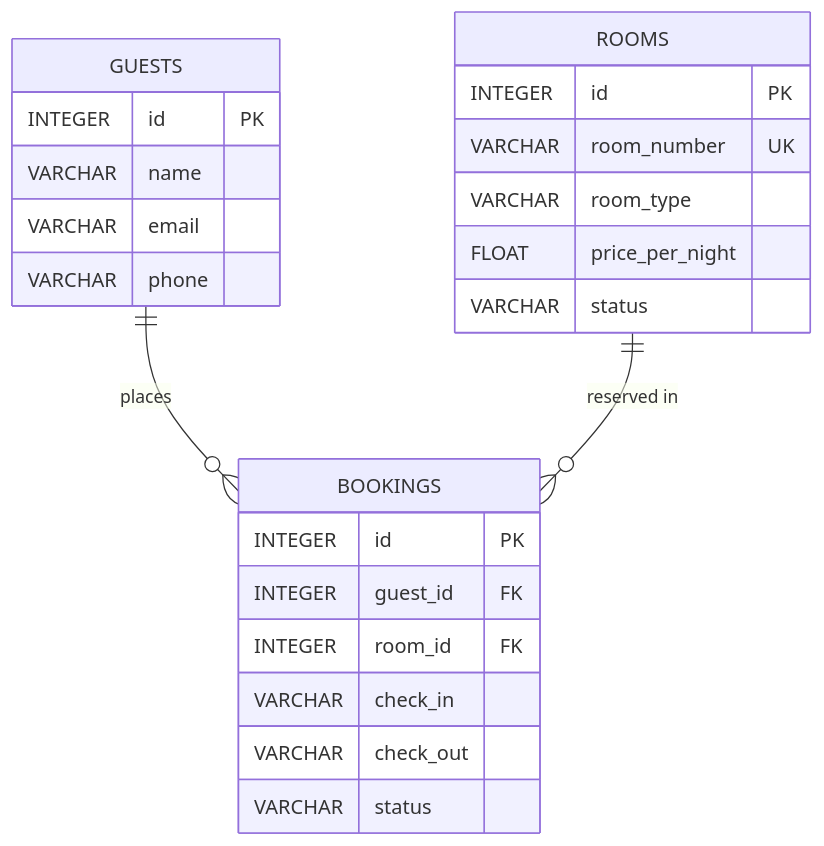
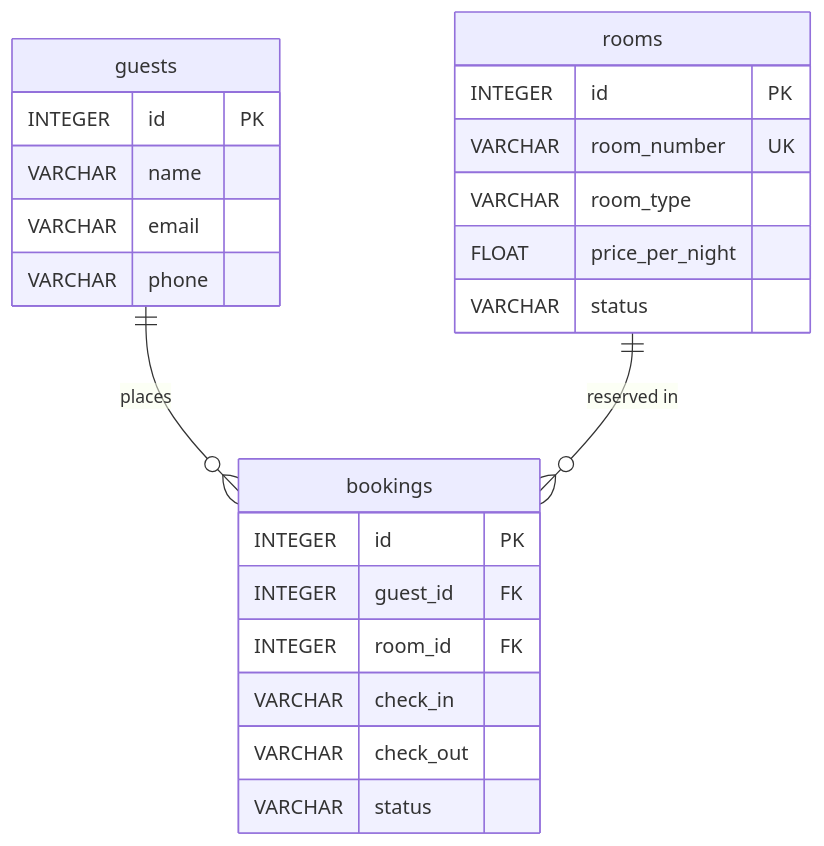
The diagram in docs/database-schema.md (dheeraj300507/hotel-management-agent), drawn with Mermaid before and after one commit. The commit also changed other lines of this file and 3 other files, not shown here.

Commit message:
docs: finalize database schema and system architecture documentation with Mermaid diagrams

````diff
--- a/docs/database-schema.md
+++ b/docs/database-schema.md
@@ -84,29 +9,29 @@
 ```mermaid
 erDiagram
-    GUESTS ||--o{ BOOKINGS : "places"
-    ROOMS ||--o{ BOOKINGS : "reserved in"
+    guests ||--o{ bookings : "places"
+    rooms ||--o{ bookings : "reserved in"
 
-    GUESTS {
+    guests {
         INTEGER id PK
         VARCHAR name
         VARCHAR email
         VARCHAR phone
     }
 
-    ROOMS {
+    rooms {
         INTEGER id PK
         VARCHAR room_number UK
         VARCHAR room_type
         FLOAT price_per_night
         VARCHAR status
     }
 
-    BOOKINGS {
+    bookings {
         INTEGER id PK
         INTEGER guest_id FK
         INTEGER room_id FK
         VARCHAR check_in
         VARCHAR check_out
         VARCHAR status
     }
 ```
````
